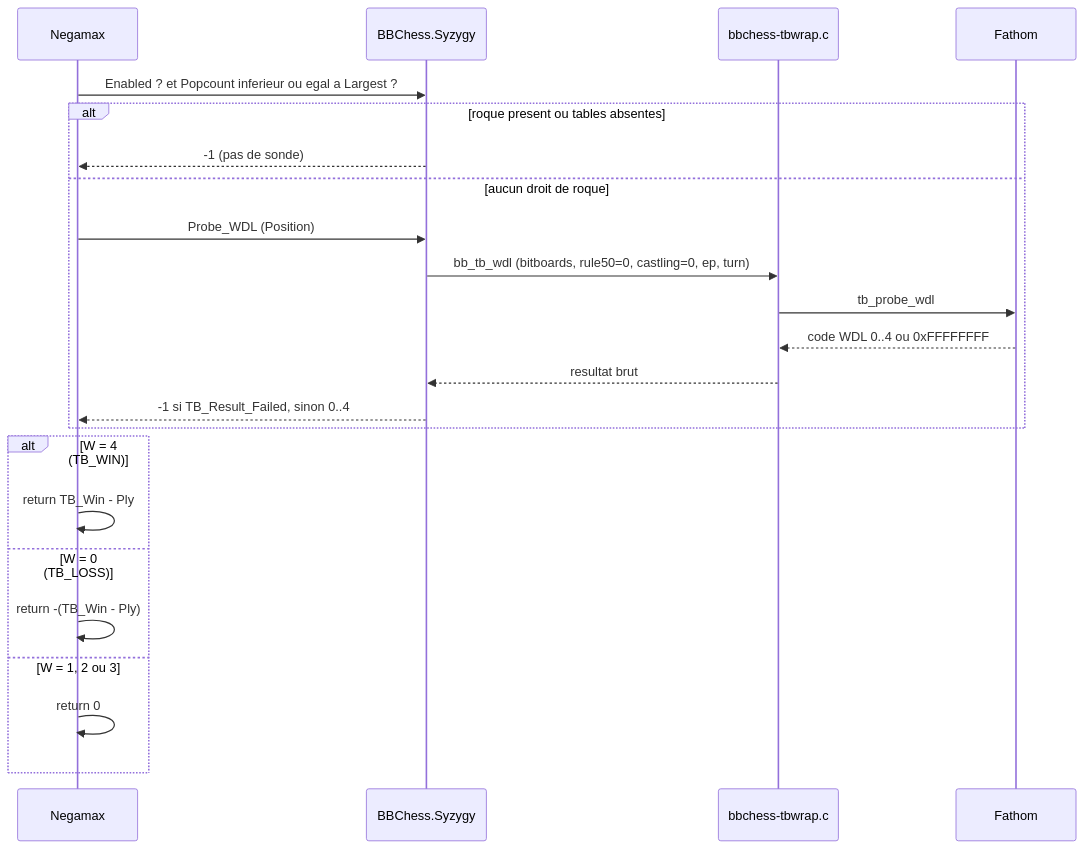
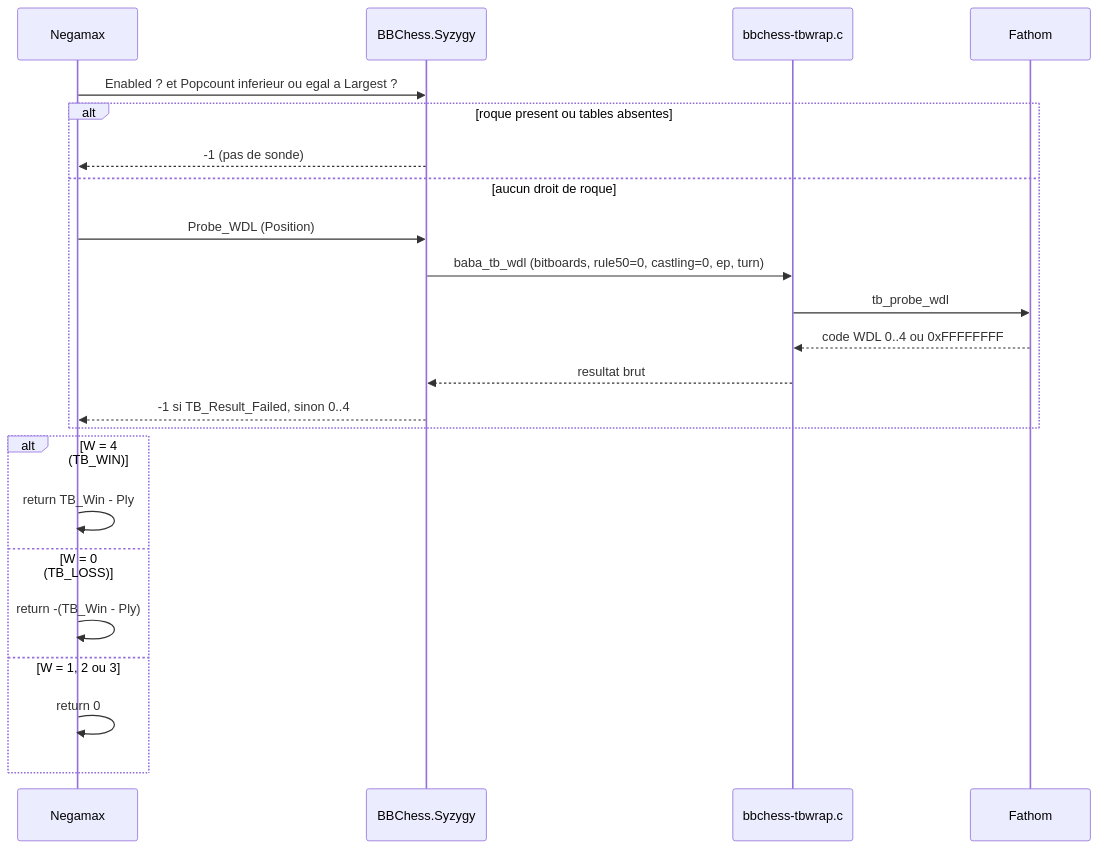
The first of 3 diagrams in src/doc/finales.md (claurence57/BabaChess), drawn with Mermaid before and after one commit. The commit also changed other lines of this file and 20 other files, not shown here.

````diff
--- a/src/doc/finales.md
+++ b/src/doc/finales.md
@@ -61,26 +61,26 @@
 ```mermaid
 sequenceDiagram
     participant N as Negamax
     participant S as BBChess.Syzygy
     participant C as bbchess-tbwrap.c
     participant F as Fathom
 
     N->>S: Enabled ? et Popcount inferieur ou egal a Largest ?
     alt roque present ou tables absentes
         S-->>N: -1 (pas de sonde)
     else aucun droit de roque
         N->>S: Probe_WDL (Position)
-        S->>C: bb_tb_wdl (bitboards, rule50=0, castling=0, ep, turn)
+        S->>C: baba_tb_wdl (bitboards, rule50=0, castling=0, ep, turn)
         C->>F: tb_probe_wdl
         F-->>C: code WDL 0..4 ou 0xFFFFFFFF
         C-->>S: resultat brut
         S-->>N: -1 si TB_Result_Failed, sinon 0..4
     end
     alt W = 4 (TB_WIN)
         N->>N: return TB_Win - Ply
     else W = 0 (TB_LOSS)
         N->>N: return -(TB_Win - Ply)
     else W = 1, 2 ou 3
         N->>N: return 0
     end
 ```
````
